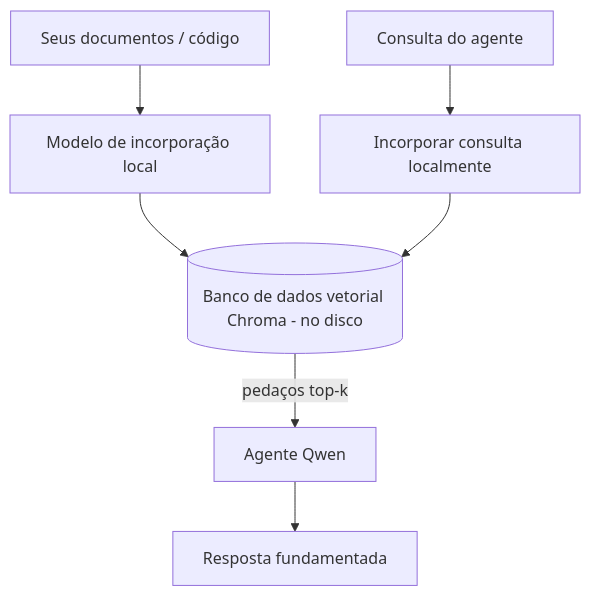
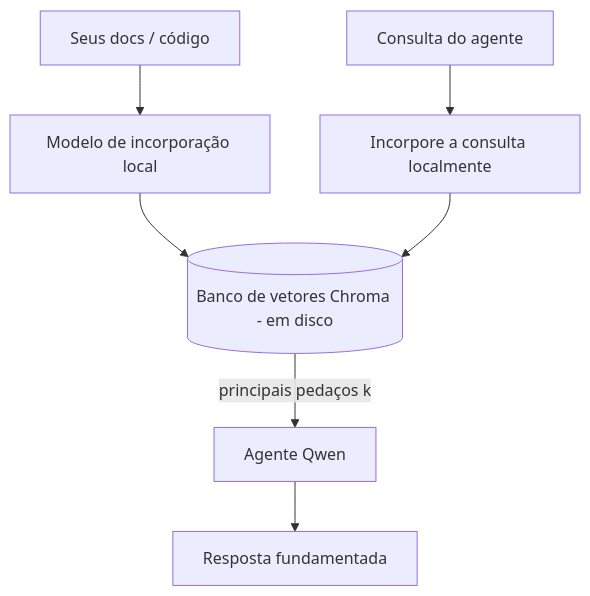
The third of 4 diagrams in translations/pt-BR/17-creating-local-ai-agents/README.md (microsoft/ai-agents-for-beginners), drawn with Mermaid before and after one commit. The commit also changed other lines of this file and 46 other files, not shown here.

````diff
--- a/translations/pt-BR/17-creating-local-ai-agents/README.md
+++ b/translations/pt-BR/17-creating-local-ai-agents/README.md
@@ -125,9 +125,9 @@
 ```mermaid
 flowchart TB
-    D[Seus documentos / código] --> E[Modelo de incorporação local]
-    E --> V[(Banco de dados vetorial Chroma - no disco)]
-    Q[Consulta do agente] --> QE[Incorporar consulta localmente]
+    D[Seus docs / código] --> E[Modelo de incorporação local]
+    E --> V[(Banco de vetores Chroma - em disco)]
+    Q[Consulta do agente] --> QE[Incorpore a consulta localmente]
     QE --> V
-    V -->|pedaços top-k| A[Agente Qwen]
+    V -->|principais pedaços k| A[Agente Qwen]
     A --> Ans[Resposta fundamentada]
 ```
````
